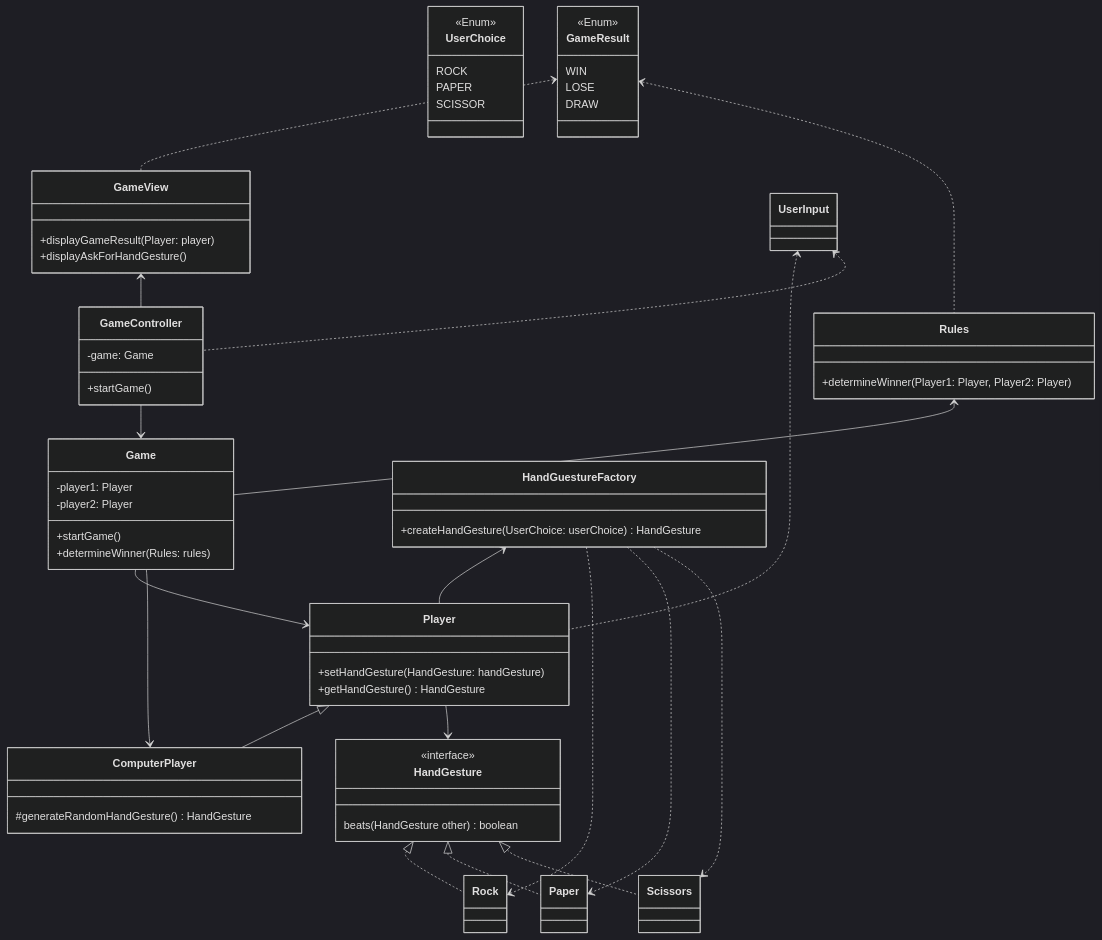
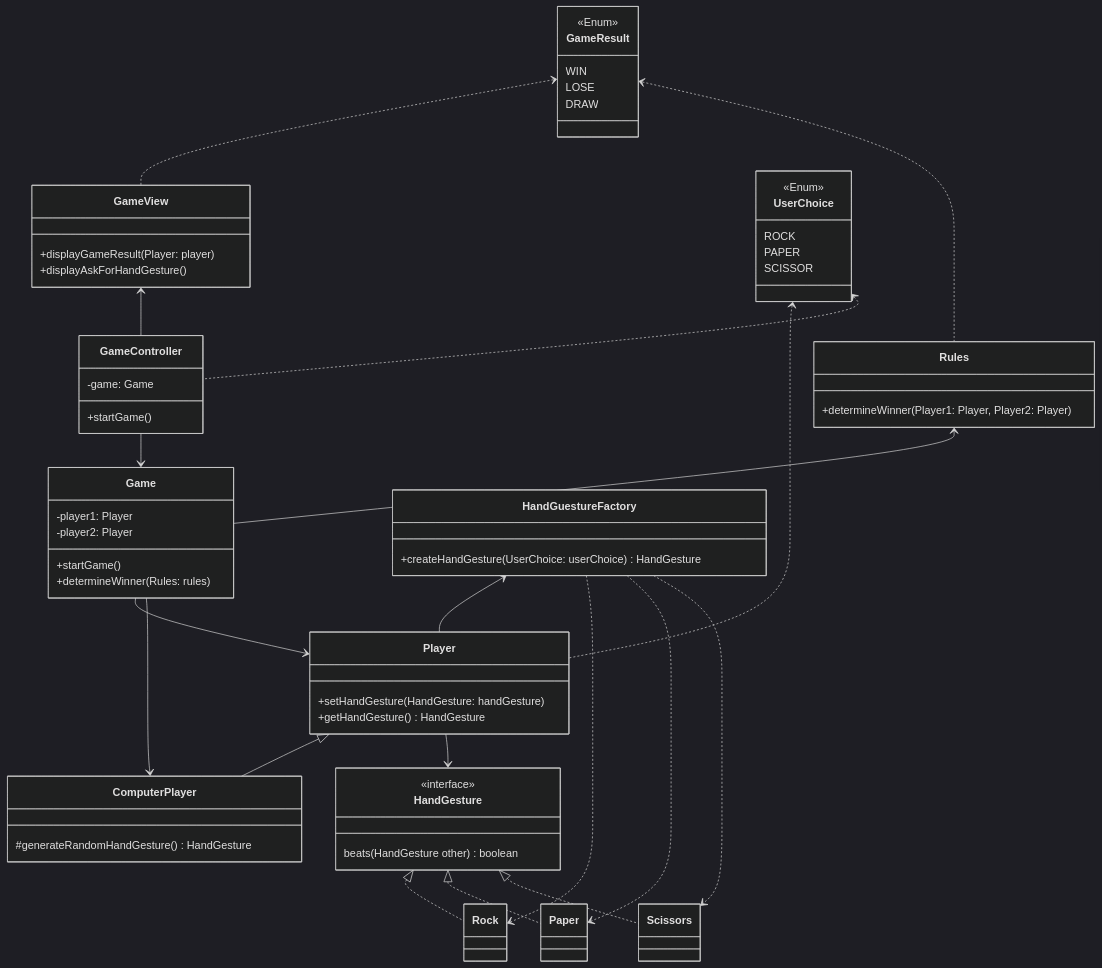
Before and after one commit to Witten2002/1dv609-Assignment1-part2: the diagram in Design.md, drawn with Mermaid (dark theme). The commit also changed 18 other files, not shown here.

```diff
--- a/Design.md
+++ b/Design.md
@@ -70,8 +70,8 @@
   SCISSOR
 }
 
-UserInput <.. Player
-UserInput <.. GameController
+UserChoice <.. Player
+UserChoice <.. GameController
 
 class GameResult {
   <<Enum>>
```
